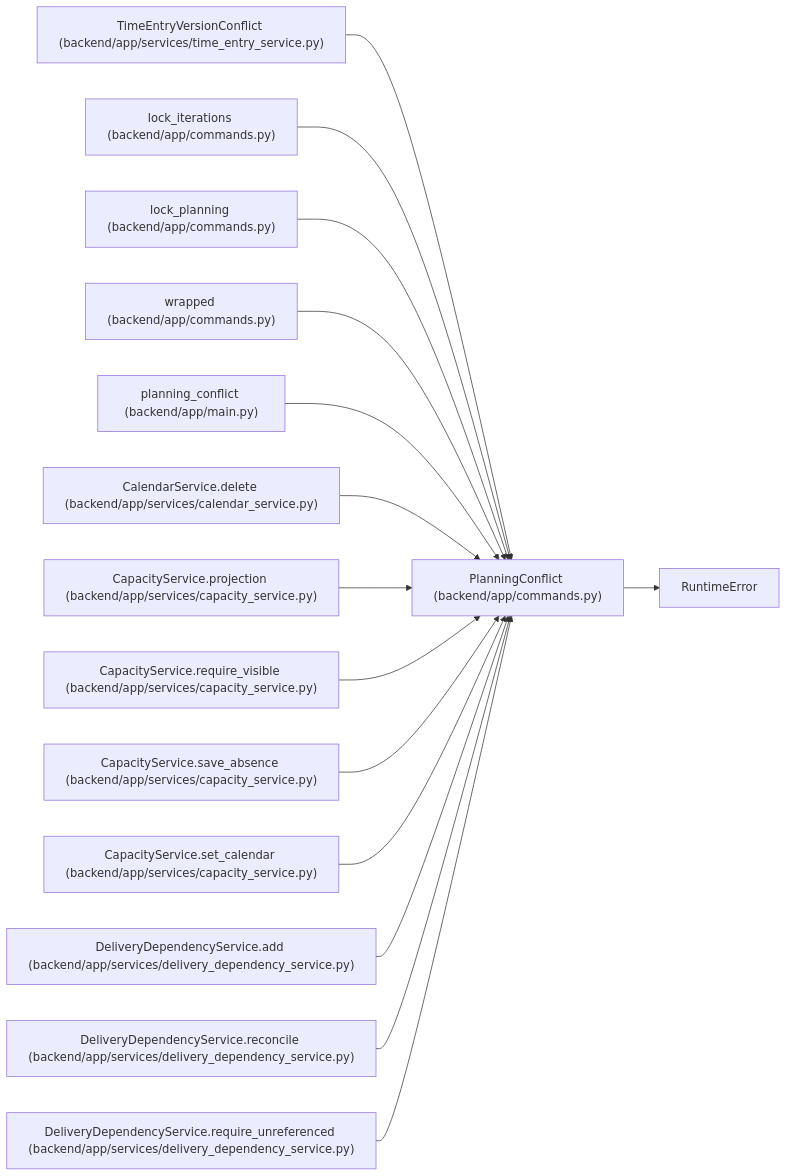
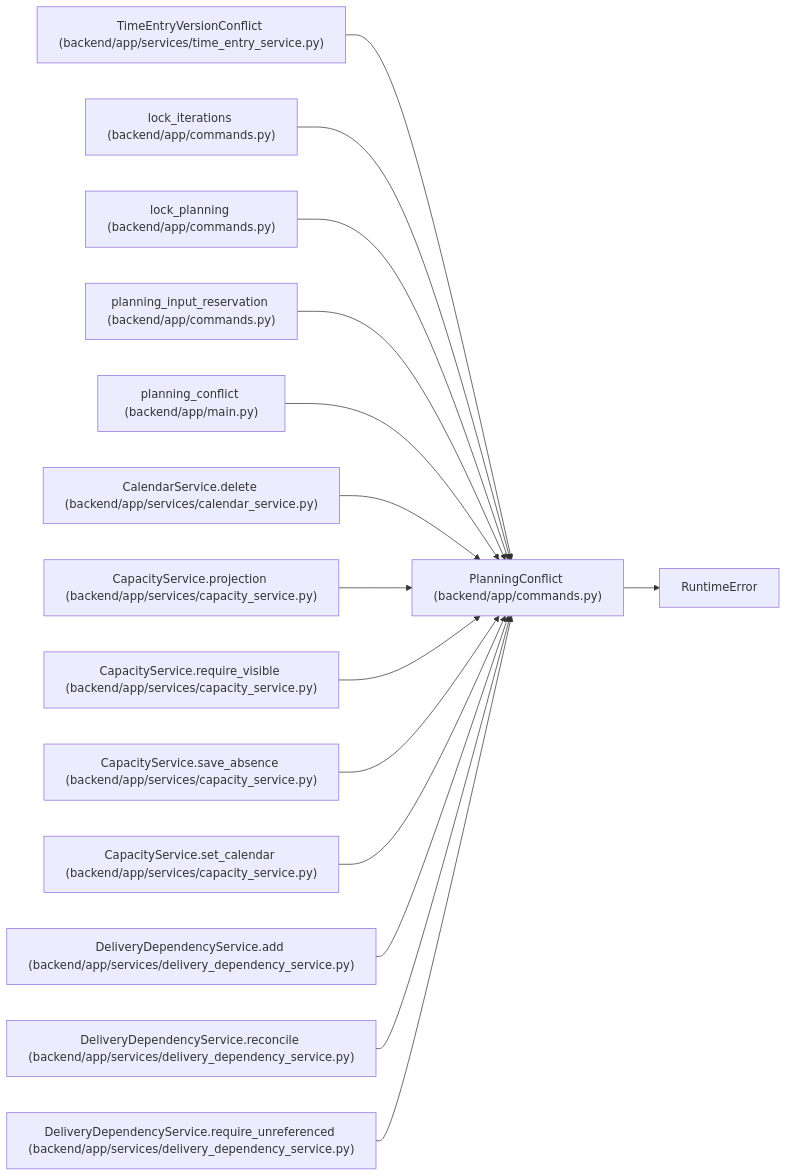
Before and after one commit to Denissvgn/WorkChord: the diagram in docs/llm_wiki/entities/PlanningConflict.md, drawn with Mermaid. The commit also changed other lines of this file and 555 other files, not shown here.

````diff
--- a/docs/llm_wiki/entities/PlanningConflict.md
+++ b/docs/llm_wiki/entities/PlanningConflict.md
@@ -26,46 +26,46 @@
 ```mermaid
 flowchart LR
     n0["PlanningConflict (backend/app/commands.py)"]
     n1["RuntimeError"]
     n2["TimeEntryVersionConflict (backend/app/services/time_entry_service.py)"]
     n3["lock_iterations (backend/app/commands.py)"]
     n4["lock_planning (backend/app/commands.py)"]
-    n5["wrapped (backend/app/commands.py)"]
+    n5["planning_input_reservation (backend/app/commands.py)"]
     n6["planning_conflict (backend/app/main.py)"]
     n7["CalendarService.delete (backend/app/services/calendar_service.py)"]
     n8["CapacityService.projection (backend/app/services/capacity_service.py)"]
     n9["CapacityService.require_visible (backend/app/services/capacity_service.py)"]
     n10["CapacityService.save_absence (backend/app/services/capacity_service.py)"]
     n11["CapacityService.set_calendar (backend/app/services/capacity_service.py)"]
     n12["DeliveryDependencyService.add (backend/app/services/delivery_dependency_service.py)"]
     n13["DeliveryDependencyService.reconcile (backend/app/services/delivery_dependency_service.py)"]
     n14["DeliveryDependencyService.require_unreferenced (backend/app/services/delivery_dependency_service.py)"]
     n0 --> n1
     n2 --> n0
     n3 --> n0
     n4 --> n0
     n5 --> n0
     n6 --> n0
     n7 --> n0
     n8 --> n0
     n9 --> n0
     n10 --> n0
     n11 --> n0
     n12 --> n0
     n13 --> n0
     n14 --> n0
     click n0 "../modules/commands.md"
     click n2 "../modules/time_entry_service.md"
     click n3 "../modules/commands.md"
     click n4 "../modules/commands.md"
     click n5 "../modules/commands.md"
     click n6 "../modules/app_main.md"
     click n7 "../modules/calendar_service.md"
     click n8 "../modules/capacity_service.md"
     click n9 "../modules/capacity_service.md"
     click n10 "../modules/capacity_service.md"
     click n11 "../modules/capacity_service.md"
     click n12 "../modules/delivery_dependency_service.md"
     click n13 "../modules/delivery_dependency_service.md"
     click n14 "../modules/delivery_dependency_service.md"
 ```
````
